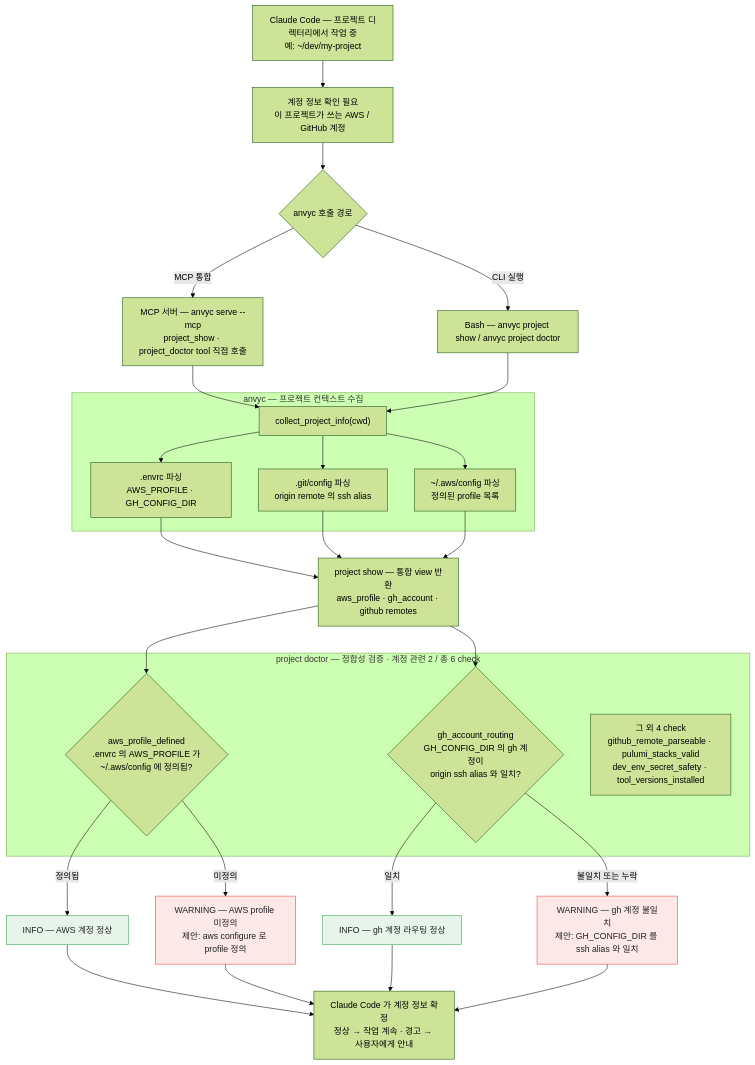
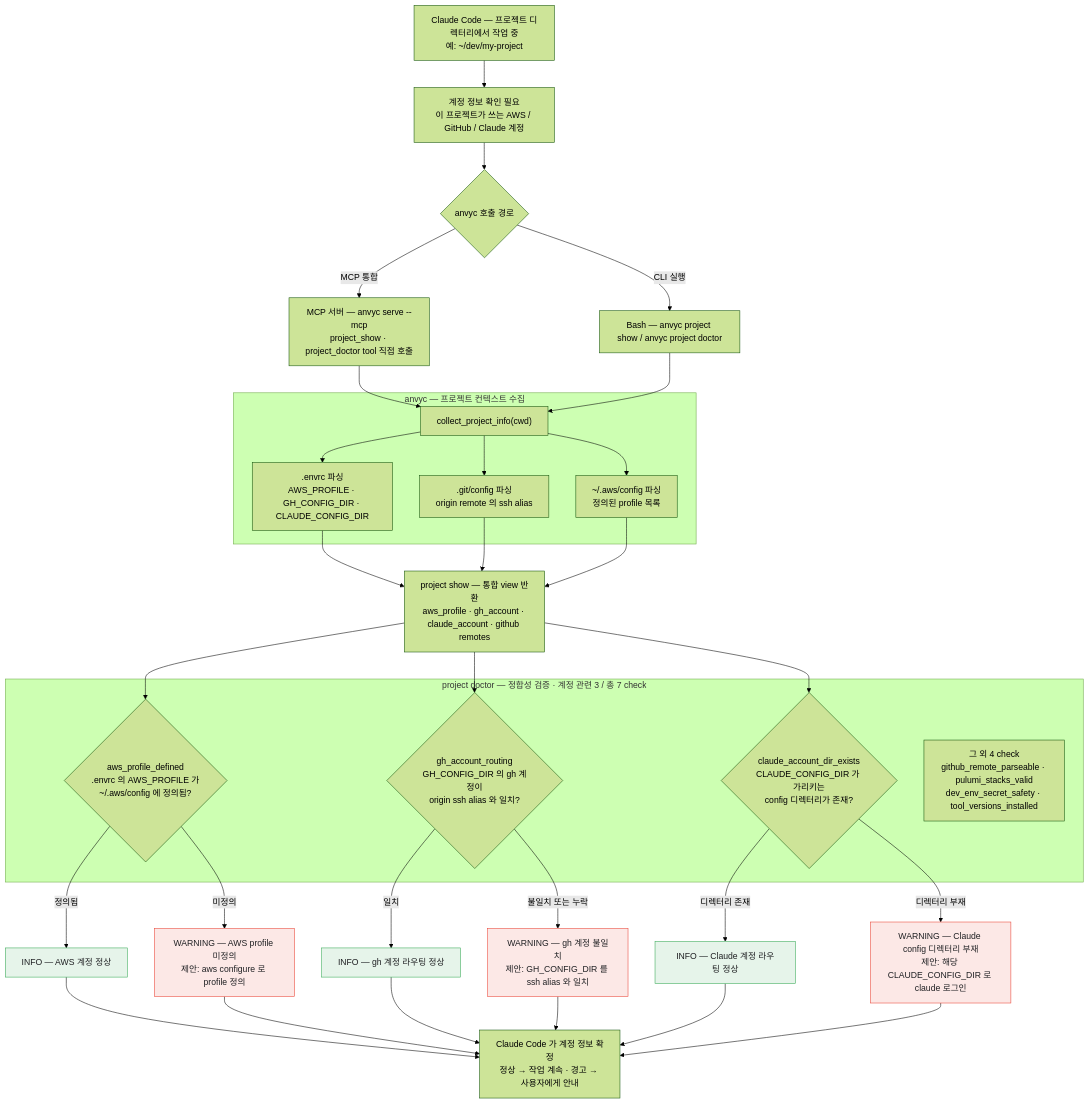
Before and after one commit to 16bitdo/anvyc: the diagram in docs/account-check-flow.mmd, drawn with Mermaid (forest theme). The commit also changed 16 other files, not shown here.

First line of the commit message:
feat: per-project Claude Code 계정 라우팅 인식 (account-routing Phase 1)

```diff
--- a/docs/account-check-flow.mmd
+++ b/docs/account-check-flow.mmd
@@ -1,53 +1,59 @@
 %% anvyc — Claude Code 에서 프로젝트 계정 정보 확인 과정
-%% 대상: anvyc v0.11.0 · 생성 2026-05-21
+%% 대상: anvyc v0.12.0 · 생성 2026-05-21
 flowchart TB
     Start["Claude Code — 프로젝트 디렉터리에서 작업 중<br>예: ~/dev/my-project"]
-    Trigger["계정 정보 확인 필요<br>이 프로젝트가 쓰는 AWS / GitHub 계정"]
+    Trigger["계정 정보 확인 필요<br>이 프로젝트가 쓰는 AWS / GitHub / Claude 계정"]
     Invoke{"anvyc 호출 경로"}
     MCP["MCP 서버 — anvyc serve --mcp<br>project_show · project_doctor tool 직접 호출"]
     CLI["Bash — anvyc project show / anvyc project doctor"]
 
     Start --> Trigger
     Trigger --> Invoke
     Invoke -->|"MCP 통합"| MCP
     Invoke -->|"CLI 실행"| CLI
 
     subgraph SG_COLLECT["anvyc — 프로젝트 컨텍스트 수집"]
         Collect["collect_project_info(cwd)"]
-        Collect --> Envrc[".envrc 파싱<br>AWS_PROFILE · GH_CONFIG_DIR"]
+        Collect --> Envrc[".envrc 파싱<br>AWS_PROFILE · GH_CONFIG_DIR · CLAUDE_CONFIG_DIR"]
         Collect --> GitCfg[".git/config 파싱<br>origin remote 의 ssh alias"]
         Collect --> AwsCfg["~/.aws/config 파싱<br>정의된 profile 목록"]
     end
 
     MCP --> Collect
     CLI --> Collect
 
-    Show["project show — 통합 view 반환<br>aws_profile · gh_account · github remotes"]
+    Show["project show — 통합 view 반환<br>aws_profile · gh_account · claude_account · github remotes"]
     Envrc --> Show
     GitCfg --> Show
     AwsCfg --> Show
 
-    subgraph SG_VERIFY["project doctor — 정합성 검증 · 계정 관련 2 / 총 6 check"]
+    subgraph SG_VERIFY["project doctor — 정합성 검증 · 계정 관련 3 / 총 7 check"]
         AwsChk{"aws_profile_defined<br>.envrc 의 AWS_PROFILE 가<br>~/.aws/config 에 정의됨?"}
         GhChk{"gh_account_routing<br>GH_CONFIG_DIR 의 gh 계정이<br>origin ssh alias 와 일치?"}
+        ClaudeChk{"claude_account_dir_exists<br>CLAUDE_CONFIG_DIR 가 가리키는<br>config 디렉터리가 존재?"}
         Others["그 외 4 check<br>github_remote_parseable · pulumi_stacks_valid<br>dev_env_secret_safety · tool_versions_installed"]
     end
 
     Show --> AwsChk
     Show --> GhChk
+    Show --> ClaudeChk
 
     AwsChk -->|"정의됨"| AwsOk["INFO — AWS 계정 정상"]
     AwsChk -->|"미정의"| AwsWarn["WARNING — AWS profile 미정의<br>제안: aws configure 로 profile 정의"]
     GhChk -->|"일치"| GhOk["INFO — gh 계정 라우팅 정상"]
     GhChk -->|"불일치 또는 누락"| GhWarn["WARNING — gh 계정 불일치<br>제안: GH_CONFIG_DIR 를 ssh alias 와 일치"]
+    ClaudeChk -->|"디렉터리 존재"| ClaudeOk["INFO — Claude 계정 라우팅 정상"]
+    ClaudeChk -->|"디렉터리 부재"| ClaudeWarn["WARNING — Claude config 디렉터리 부재<br>제안: 해당 CLAUDE_CONFIG_DIR 로 claude 로그인"]
 
     Result["Claude Code 가 계정 정보 확정<br>정상 → 작업 계속 · 경고 → 사용자에게 안내"]
     AwsOk --> Result
     AwsWarn --> Result
     GhOk --> Result
     GhWarn --> Result
+    ClaudeOk --> Result
+    ClaudeWarn --> Result
 
     classDef ok fill:#e6f4ea,stroke:#34a853,color:#202124
     classDef warn fill:#fce8e6,stroke:#ea4335,color:#202124
-    class AwsOk,GhOk ok
-    class AwsWarn,GhWarn warn
+    class AwsOk,GhOk,ClaudeOk ok
+    class AwsWarn,GhWarn,ClaudeWarn warn
```
